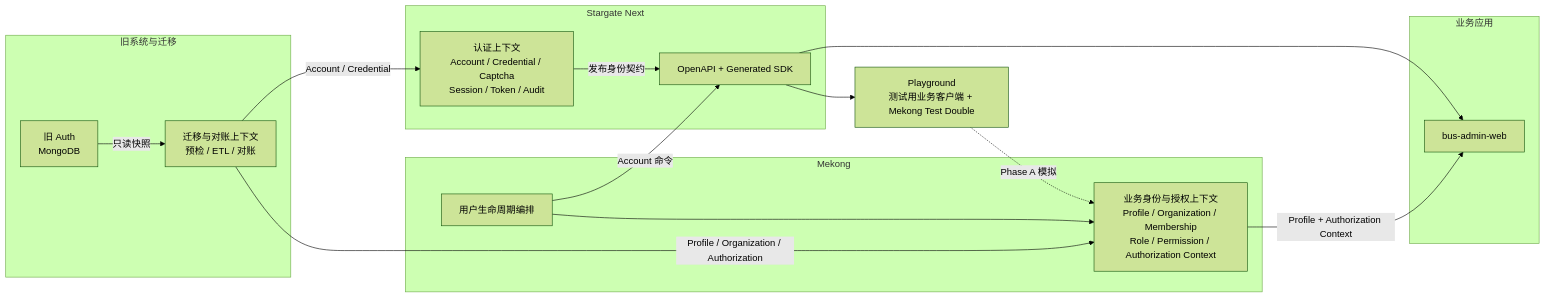
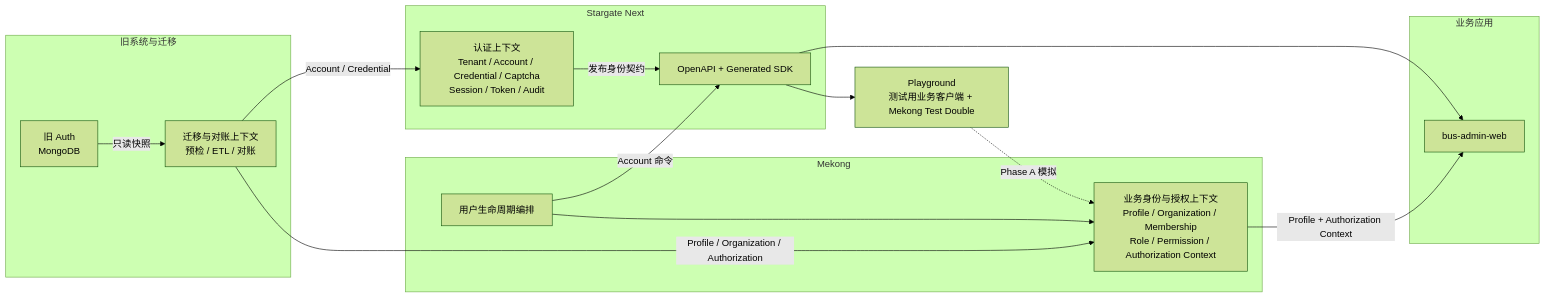
Before and after one commit to 36node/stargate-next: the diagram in docs/prd/current/product-domain-model/context-map.md, drawn with Mermaid (forest theme). The commit also changed other lines of this file and 79 other files, not shown here.

````diff
--- a/docs/prd/current/product-domain-model/context-map.md
+++ b/docs/prd/current/product-domain-model/context-map.md
@@ -17,37 +18,37 @@
 ```mermaid
 flowchart LR
     subgraph Legacy["旧系统与迁移"]
         LA["旧 Auth<br/>MongoDB"]
         MR["迁移与对账上下文<br/>预检 / ETL / 对账"]
     end
 
     subgraph Stargate["Stargate Next"]
-        AUTH["认证上下文<br/>Account / Credential / Captcha<br/>Session / Token / Audit"]
+        AUTH["认证上下文<br/>Tenant / Account / Credential / Captcha<br/>Session / Token / Audit"]
         SDK["OpenAPI + Generated SDK"]
     end
 
     subgraph Mekong["Mekong"]
         BIA["业务身份与授权上下文<br/>Profile / Organization / Membership<br/>Role / Permission / Authorization Context"]
         ORCH["用户生命周期编排"]
     end
 
     subgraph Apps["业务应用"]
         BAW["bus-admin-web"]
     end
 
     PG["Playground<br/>测试用业务客户端 + Mekong Test Double"]
 
     LA -->|"只读快照"| MR
     MR -->|"Account / Credential"| AUTH
     MR -->|"Profile / Organization / Authorization"| BIA
 
     AUTH -->|"发布身份契约"| SDK
     ORCH -->|"Account 命令"| SDK
     ORCH --> BIA
 
     SDK --> BAW
     BIA -->|"Profile + Authorization Context"| BAW
 
     SDK --> PG
     PG -.->|"Phase A 模拟"| BIA
 ```
````
